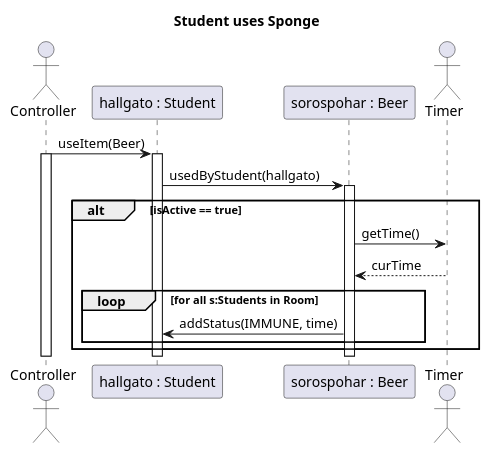
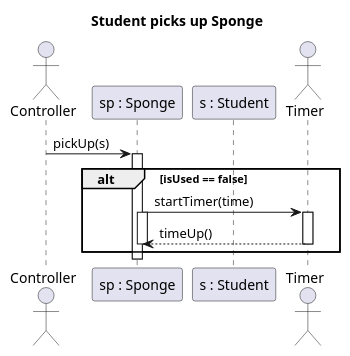
The diagram in Reko/sponge.plantuml (MBakter/echo), drawn with PlantUML before and after one commit. The commit also changed 4 other files, not shown here.

```diff
--- a/Reko/sponge.plantuml
+++ b/Reko/sponge.plantuml
@@ -1,28 +1,22 @@
-@startuml Student uses Sponge
-title Student uses Sponge
+@startuml Student picks up Sponge
+title Student picks up Sponge
 
-actor Controller as C
-participant "hallgato : Student" as s
-participant "sorospohar : Beer" as b
-actor Timer as t
+actor Controller as C order 0
+participant "s : Student" as s order 20
+participant "sp : Sponge" as sp order 10
+actor Timer as t order 1000
 
-' Itt useItem(cheese) vagy useItem(Item)nek kéne lennie?
-C -> s : useItem(Beer)
-Activate C
-Activate s
-' Még nincs ilyen a class diagrammon
-s -> b : usedByStudent(hallgato)
-Activate b
-' Nincs ilyen függvénye a szobának
-alt isActive == true
-b -> t : getTime()
-t --> b : curTime
-loop for all s:Students in Room
-b -> s : addStatus(IMMUNE, time)
+C -> sp : pickUp(s)
+Activate sp
+alt isUsed == false
+sp -> t : startTimer(time)
+Activate t
+Activate sp
+t --> sp : timeUp()
+Deactivate sp
+Deactivate t
 end
-end
-Deactivate b
-Deactivate s
-Deactivate C
+Deactivate sp
+
 
 @enduml
```
